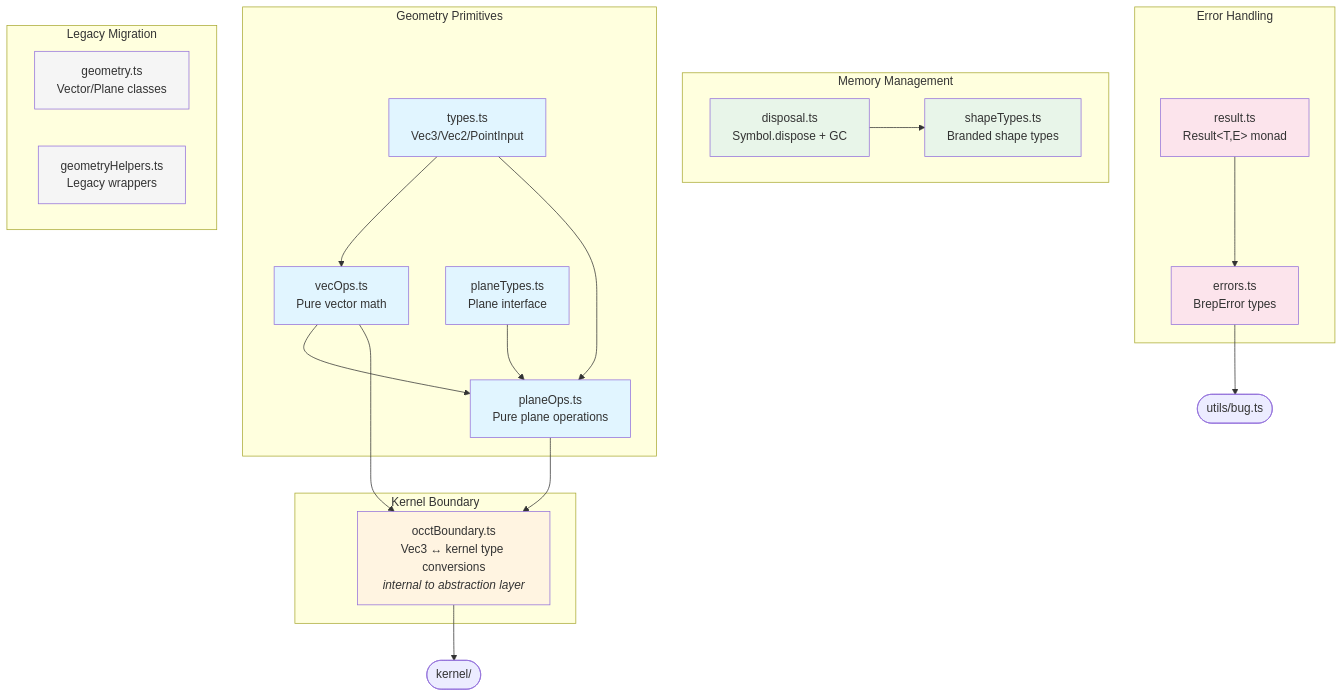
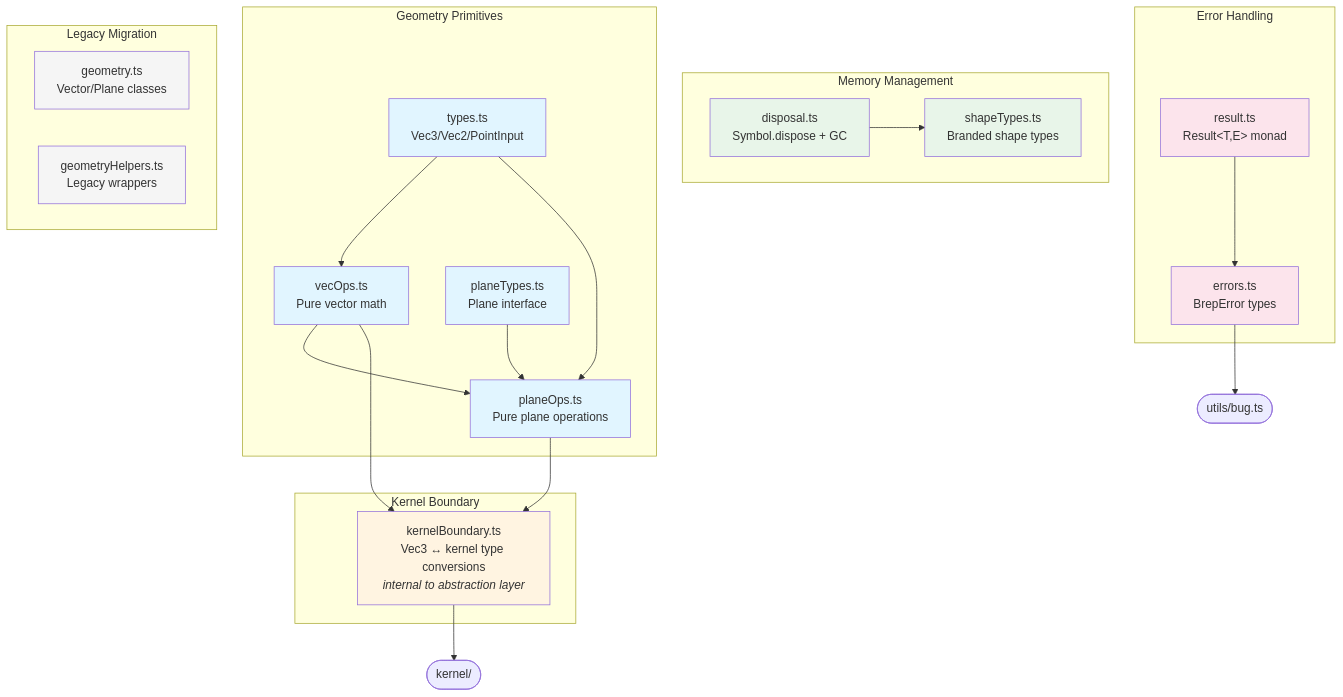
The diagram in src/core/README.md (andymai/brepjs), drawn with Mermaid before and after one commit. The commit also changed other lines of this file and 29 other files, not shown here.

First line of the commit message:
refactor(kernel)!: rename OCCT-specific symbols to kernel-agnostic names

````diff
--- a/src/core/README.md
+++ b/src/core/README.md
@@ -7,51 +7,51 @@
 ```mermaid
 graph TB
     subgraph "Geometry Primitives"
         types[types.ts<br/>Vec3/Vec2/PointInput]
         vecOps[vecOps.ts<br/>Pure vector math]
         planeTypes[planeTypes.ts<br/>Plane interface]
         planeOps[planeOps.ts<br/>Pure plane operations]
     end
 
     subgraph "Kernel Boundary"
-        occtBoundary[occtBoundary.ts<br/>Vec3 ↔ kernel type conversions<br/><i>internal to abstraction layer</i>]
+        kernelBoundary[kernelBoundary.ts<br/>Vec3 ↔ kernel type conversions<br/><i>internal to abstraction layer</i>]
     end
 
     subgraph "Memory Management"
         disposal[disposal.ts<br/>Symbol.dispose + GC]
         shapeTypes[shapeTypes.ts<br/>Branded shape types]
     end
 
     subgraph "Error Handling"
         result[result.ts<br/>Result&lt;T,E&gt; monad]
         errors[errors.ts<br/>BrepError types]
     end
 
     subgraph "Legacy Migration"
         geometry[geometry.ts<br/>Vector/Plane classes]
         geometryHelpers[geometryHelpers.ts<br/>Legacy wrappers]
     end
 
     types --> vecOps
     types --> planeOps
     planeTypes --> planeOps
     vecOps --> planeOps
-    vecOps --> occtBoundary
-    planeOps --> occtBoundary
-    occtBoundary --> kernel([kernel/])
+    vecOps --> kernelBoundary
+    planeOps --> kernelBoundary
+    kernelBoundary --> kernel([kernel/])
     disposal --> shapeTypes
     result --> errors
     errors --> utils([utils/bug.ts])
 
     style types fill:#e1f5ff
     style vecOps fill:#e1f5ff
     style planeTypes fill:#e1f5ff
     style planeOps fill:#e1f5ff
-    style occtBoundary fill:#fff4e1
+    style kernelBoundary fill:#fff4e1
     style disposal fill:#e8f5e9
     style shapeTypes fill:#e8f5e9
     style result fill:#fce4ec
     style errors fill:#fce4ec
     style geometry fill:#f5f5f5
     style geometryHelpers fill:#f5f5f5
 ```
````
